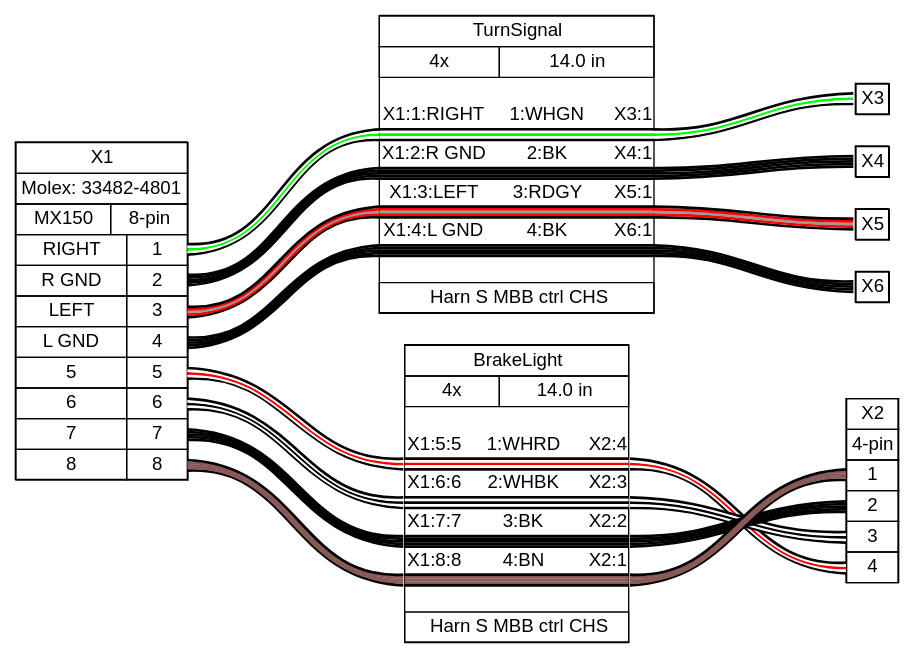
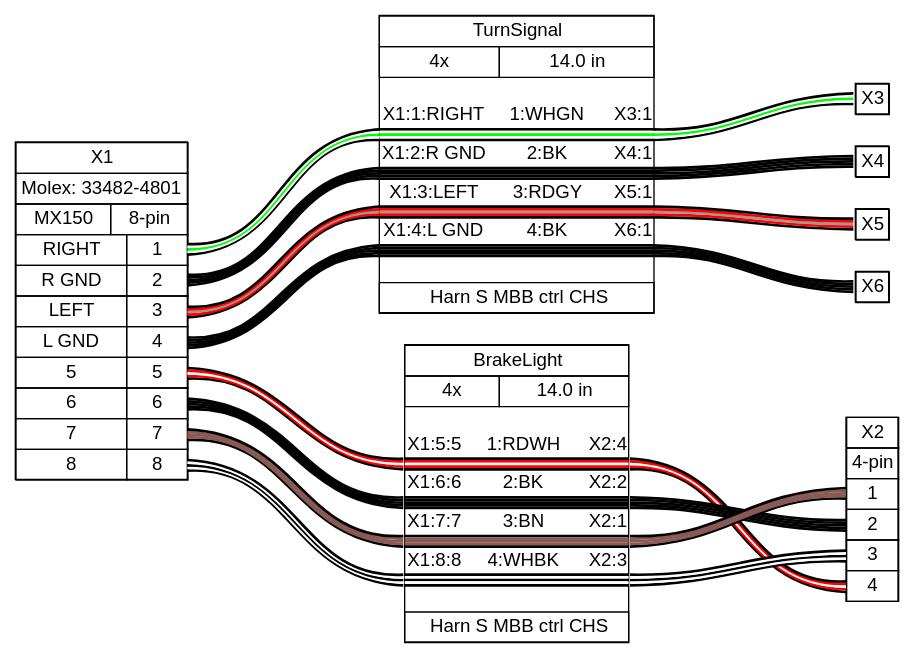
The diagram in harness/rear_lights.gv (atomicdog/ZeroMotoWireharness), drawn with Graphviz before and after one commit. The commit also changed 3 other files, not shown here.

```diff
--- a/harness/rear_lights.gv
+++ b/harness/rear_lights.gv
@@ -240,18 +240,18 @@
  </td></tr>
 </table>
 > fillcolor="#FFFFFF" shape=box style=filled]
-	edge [color="#000000:#ffffff:#ff0000:#ffffff:#000000"]
+	edge [color="#000000:#ff0000:#ffffff:#ff0000:#000000"]
 	X1:p5r:e -- BrakeLight:w1:w
 	BrakeLight:w1:e -- X2:p4l:w
+	edge [color="#000000:#000000:#000000:#000000:#000000"]
+	X1:p6r:e -- BrakeLight:w2:w
+	BrakeLight:w2:e -- X2:p2l:w
+	edge [color="#000000:#895956:#895956:#895956:#000000"]
+	X1:p7r:e -- BrakeLight:w3:w
+	BrakeLight:w3:e -- X2:p1l:w
 	edge [color="#000000:#ffffff:#000000:#ffffff:#000000"]
-	X1:p6r:e -- BrakeLight:w2:w
-	BrakeLight:w2:e -- X2:p3l:w
-	edge [color="#000000:#000000:#000000:#000000:#000000"]
-	X1:p7r:e -- BrakeLight:w3:w
-	BrakeLight:w3:e -- X2:p2l:w
-	edge [color="#000000:#895956:#895956:#895956:#000000"]
 	X1:p8r:e -- BrakeLight:w4:w
-	BrakeLight:w4:e -- X2:p1l:w
+	BrakeLight:w4:e -- X2:p3l:w
 	BrakeLight [label=<
 <table border="0" cellspacing="0" cellpadding="0">
  <tr><td>
@@ -271,7 +271,7 @@
    <tr>
     <td>X1:5:5</td>
     <td>
-     1:WHRD
+     1:RDWH
     </td>
     <td>X2:4</td>
    </tr>
@@ -279,9 +279,9 @@
     <td colspan="3" border="0" cellspacing="0" cellpadding="0" port="w1" height="10">
      <table cellspacing="0" cellborder="0" border="0">
       <tr><td colspan="3" cellpadding="0" height="2" bgcolor="#000000" border="0"></td></tr>
+      <tr><td colspan="3" cellpadding="0" height="2" bgcolor="#ff0000" border="0"></td></tr>
       <tr><td colspan="3" cellpadding="0" height="2" bgcolor="#ffffff" border="0"></td></tr>
       <tr><td colspan="3" cellpadding="0" height="2" bgcolor="#ff0000" border="0"></td></tr>
-      <tr><td colspan="3" cellpadding="0" height="2" bgcolor="#ffffff" border="0"></td></tr>
       <tr><td colspan="3" cellpadding="0" height="2" bgcolor="#000000" border="0"></td></tr>
      </table>
     </td>
@@ -289,30 +289,12 @@
    <tr>
     <td>X1:6:6</td>
     <td>
-     2:WHBK
-    </td>
-    <td>X2:3</td>
-   </tr>
-   <tr>
-    <td colspan="3" border="0" cellspacing="0" cellpadding="0" port="w2" height="10">
-     <table cellspacing="0" cellborder="0" border="0">
-      <tr><td colspan="3" cellpadding="0" height="2" bgcolor="#000000" border="0"></td></tr>
-      <tr><td colspan="3" cellpadding="0" height="2" bgcolor="#ffffff" border="0"></td></tr>
-      <tr><td colspan="3" cellpadding="0" height="2" bgcolor="#000000" border="0"></td></tr>
-      <tr><td colspan="3" cellpadding="0" height="2" bgcolor="#ffffff" border="0"></td></tr>
-      <tr><td colspan="3" cellpadding="0" height="2" bgcolor="#000000" border="0"></td></tr>
-     </table>
-    </td>
-   </tr>
-   <tr>
-    <td>X1:7:7</td>
-    <td>
-     3:BK
+     2:BK
     </td>
     <td>X2:2</td>
    </tr>
    <tr>
-    <td colspan="3" border="0" cellspacing="0" cellpadding="0" port="w3" height="10">
+    <td colspan="3" border="0" cellspacing="0" cellpadding="0" port="w2" height="10">
      <table cellspacing="0" cellborder="0" border="0">
       <tr><td colspan="3" cellpadding="0" height="2" bgcolor="#000000" border="0"></td></tr>
       <tr><td colspan="3" cellpadding="0" height="2" bgcolor="#000000" border="0"></td></tr>
@@ -323,19 +305,37 @@
     </td>
    </tr>
    <tr>
+    <td>X1:7:7</td>
+    <td>
+     3:BN
+    </td>
+    <td>X2:1</td>
+   </tr>
+   <tr>
+    <td colspan="3" border="0" cellspacing="0" cellpadding="0" port="w3" height="10">
+     <table cellspacing="0" cellborder="0" border="0">
+      <tr><td colspan="3" cellpadding="0" height="2" bgcolor="#000000" border="0"></td></tr>
+      <tr><td colspan="3" cellpadding="0" height="2" bgcolor="#895956" border="0"></td></tr>
+      <tr><td colspan="3" cellpadding="0" height="2" bgcolor="#895956" border="0"></td></tr>
+      <tr><td colspan="3" cellpadding="0" height="2" bgcolor="#895956" border="0"></td></tr>
+      <tr><td colspan="3" cellpadding="0" height="2" bgcolor="#000000" border="0"></td></tr>
+     </table>
+    </td>
+   </tr>
+   <tr>
     <td>X1:8:8</td>
     <td>
-     4:BN
+     4:WHBK
     </td>
-    <td>X2:1</td>
+    <td>X2:3</td>
    </tr>
    <tr>
     <td colspan="3" border="0" cellspacing="0" cellpadding="0" port="w4" height="10">
      <table cellspacing="0" cellborder="0" border="0">
       <tr><td colspan="3" cellpadding="0" height="2" bgcolor="#000000" border="0"></td></tr>
-      <tr><td colspan="3" cellpadding="0" height="2" bgcolor="#895956" border="0"></td></tr>
-      <tr><td colspan="3" cellpadding="0" height="2" bgcolor="#895956" border="0"></td></tr>
-      <tr><td colspan="3" cellpadding="0" height="2" bgcolor="#895956" border="0"></td></tr>
+      <tr><td colspan="3" cellpadding="0" height="2" bgcolor="#ffffff" border="0"></td></tr>
+      <tr><td colspan="3" cellpadding="0" height="2" bgcolor="#000000" border="0"></td></tr>
+      <tr><td colspan="3" cellpadding="0" height="2" bgcolor="#ffffff" border="0"></td></tr>
       <tr><td colspan="3" cellpadding="0" height="2" bgcolor="#000000" border="0"></td></tr>
      </table>
     </td>
```
